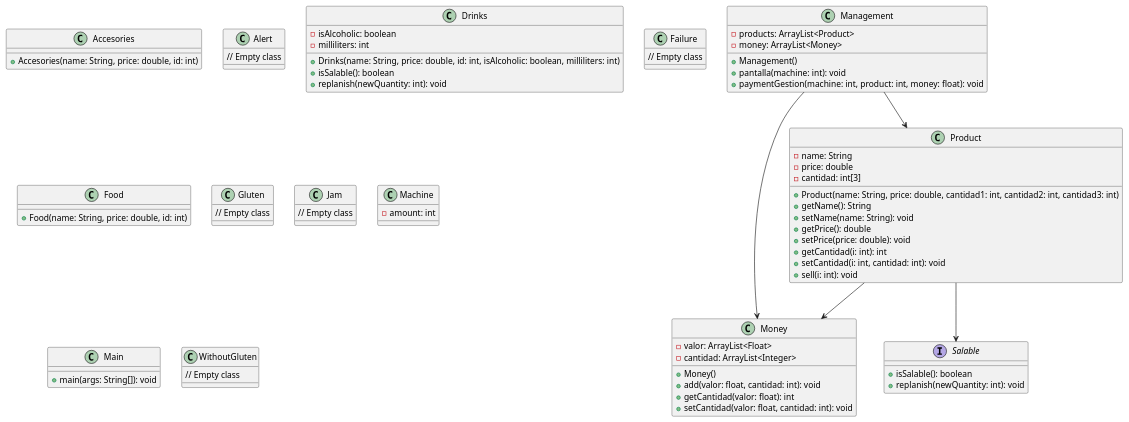
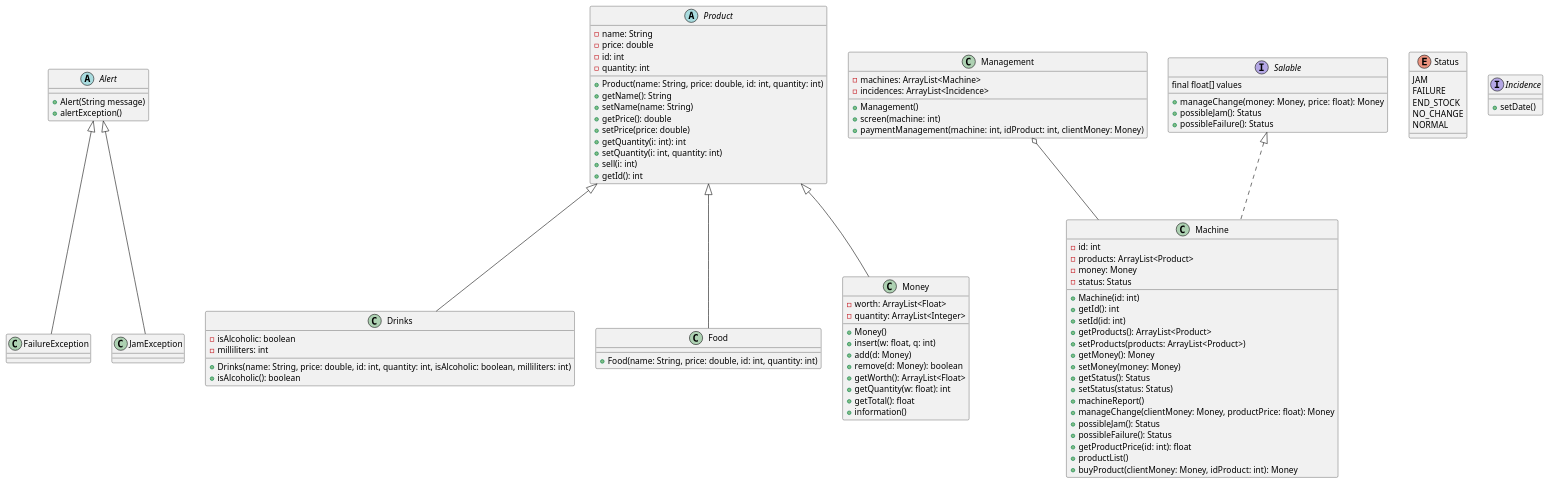
Before and after one commit to eabol/awesome-projects-prograii: the diagram in vendingMachines/docs/vendingMachines.puml, drawn with PlantUML. The commit also changed 3 other files, not shown here.

Commit message:
(Feat): I've just made the class 'Product' abstract and updated the PlantUML (we'll delete it before the PR)

```diff
--- a/vendingMachines/docs/vendingMachines.puml
+++ b/vendingMachines/docs/vendingMachines.puml
@@ -1,88 +1,104 @@
 @startuml
+abstract class Alert {
+    +Alert(String message)
+    +alertException()
+}
 
-class Product {
-  - name: String
-  - price: double
-  - cantidad: int[3]
-  + Product(name: String, price: double, cantidad1: int, cantidad2: int, cantidad3: int)
-  + getName(): String
-  + setName(name: String): void
-  + getPrice(): double
-  + setPrice(price: double): void
-  + getCantidad(i: int): int
-  + setCantidad(i: int, cantidad: int): void
-  + sell(i: int): void
+class Drinks {
+    -isAlcoholic: boolean
+    -milliliters: int
+    +Drinks(name: String, price: double, id: int, quantity: int, isAlcoholic: boolean, milliliters: int)
+    +isAlcoholic(): boolean
+}
+
+class Food {
+    +Food(name: String, price: double, id: int, quantity: int)
+}
+
+class Machine {
+    -id: int
+    -products: ArrayList<Product>
+    -money: Money
+    -status: Status
+    +Machine(id: int)
+    +getId(): int
+    +setId(id: int)
+    +getProducts(): ArrayList<Product>
+    +setProducts(products: ArrayList<Product>)
+    +getMoney(): Money
+    +setMoney(money: Money)
+    +getStatus(): Status
+    +setStatus(status: Status)
+    +machineReport()
+    +manageChange(clientMoney: Money, productPrice: float): Money
+    +possibleJam(): Status
+    +possibleFailure(): Status
+    +getProductPrice(id: int): float
+    +productList()
+    +buyProduct(clientMoney: Money, idProduct: int): Money
+}
+
+class Management {
+    -machines: ArrayList<Machine>
+    -incidences: ArrayList<Incidence>
+    +Management()
+    +screen(machine: int)
+    +paymentManagement(machine: int, idProduct: int, clientMoney: Money)
 }
 
 class Money {
-  - valor: ArrayList<Float>
-  - cantidad: ArrayList<Integer>
-  + Money()
-  + add(valor: float, cantidad: int): void
-  + getCantidad(valor: float): int
-  + setCantidad(valor: float, cantidad: int): void
+    -worth: ArrayList<Float>
+    -quantity: ArrayList<Integer>
+    +Money()
+    +insert(w: float, q: int)
+    +add(d: Money)
+    +remove(d: Money): boolean
+    +getWorth(): ArrayList<Float>
+    +getQuantity(w: float): int
+    +getTotal(): float
+    +information()
+}
+
+abstract class Product {
+    -name: String
+    -price: double
+    -id: int
+    -quantity: int
+    +Product(name: String, price: double, id: int, quantity: int)
+    +getName(): String
+    +setName(name: String)
+    +getPrice(): double
+    +setPrice(price: double)
+    +getQuantity(i: int): int
+    +setQuantity(i: int, quantity: int)
+    +sell(i: int)
+    +getId(): int
+}
+
+enum Status {
+    JAM
+    FAILURE
+    END_STOCK
+    NO_CHANGE
+    NORMAL
+}
+
+interface Incidence {
+    +setDate()
 }
 
 interface Salable {
-  + isSalable(): boolean
-  + replanish(newQuantity: int): void
+    final float[] values
+    +manageChange(money: Money, price: float): Money
+    +possibleJam(): Status
+    +possibleFailure(): Status
 }
 
-class Management {
-  - products: ArrayList<Product>
-  - money: ArrayList<Money>
-  + Management()
-  + pantalla(machine: int): void
-  + paymentGestion(machine: int, product: int, money: float): void
-}
-
-class Accesories {
-  + Accesories(name: String, price: double, id: int)
-}
-
-class Alert {
-  // Empty class
-}
-
-class Drinks {
-  - isAlcoholic: boolean
-  - milliliters: int
-  + Drinks(name: String, price: double, id: int, isAlcoholic: boolean, milliliters: int)
-  + isSalable(): boolean
-  + replanish(newQuantity: int): void
-}
-
-class Failure {
-  // Empty class
-}
-
-class Food {
-  + Food(name: String, price: double, id: int)
-}
-
-class Gluten {
-  // Empty class
-}
-
-class Jam {
-  // Empty class
-}
-
-class Machine {
-  - amount: int
-}
-
-class Main {
-  + main(args: String[]): void
-}
-
-class WithoutGluten {
-  // Empty class
-}
-
-Product --> Salable
-Product --> Money
-Management --> Product
-Management --> Money
-
+Alert <|-- FailureException
+Alert <|-- JamException
+Product <|-- Drinks
+Product <|-- Food
+Product <|-- Money
+Salable <|.. Machine
+Management o-- Machine
 @enduml
```
